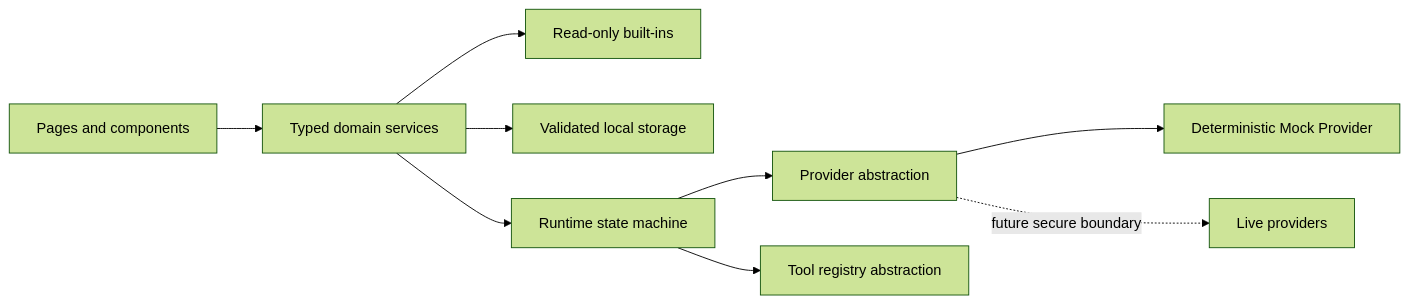
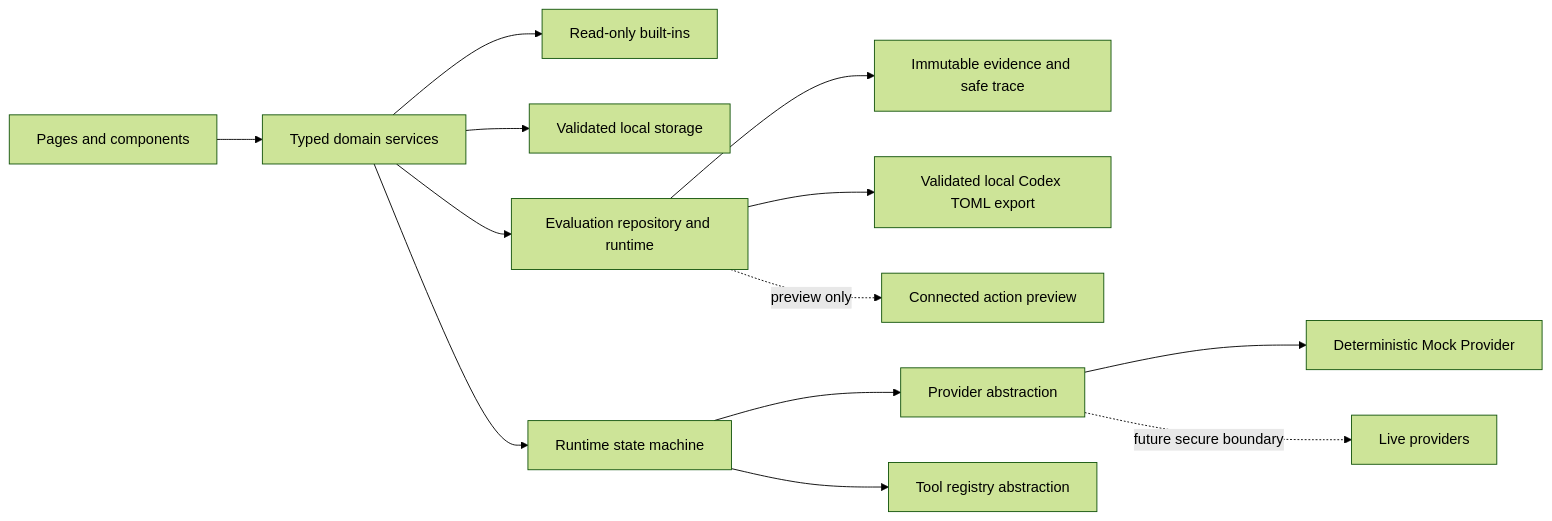
Before and after one commit to ShabiLev/Shabi-s-AI-Academy: the diagram in .codex/architecture/overview.md, drawn with Mermaid (forest theme). The commit also changed other lines of this file and 138 other files, not shown here.

````diff
--- a/.codex/architecture/overview.md
+++ b/.codex/architecture/overview.md
@@ -15,11 +19,15 @@
 ```mermaid
 flowchart LR
   UI[Pages and components] --> Domain[Typed domain services]
   Domain --> Catalog[Read-only built-ins]
   Domain --> Storage[Validated local storage]
   Domain --> Runtime[Runtime state machine]
+  Domain --> Evaluation[Evaluation repository and runtime]
+  Evaluation --> Evidence[Immutable evidence and safe trace]
+  Evaluation --> Export[Validated local Codex TOML export]
+  Evaluation -. preview only .-> Connector[Connected action preview]
   Runtime --> Provider[Provider abstraction]
   Runtime --> Tools[Tool registry abstraction]
   Provider --> Mock[Deterministic Mock Provider]
   Provider -. future secure boundary .-> Live[Live providers]
 ```
````
